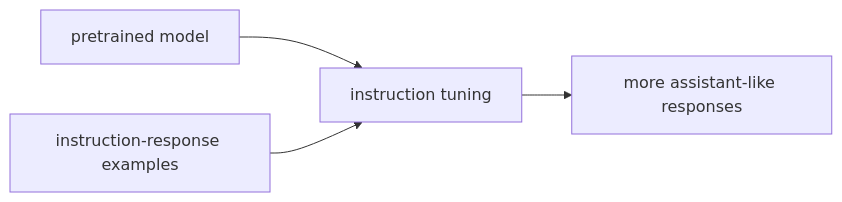
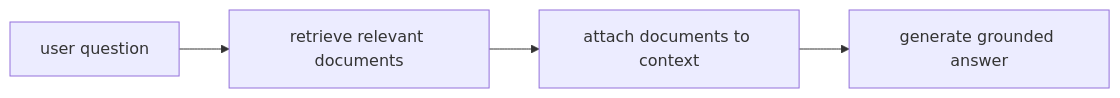
The diagram in docs/parts/part-05/chapter-10/section-01.md (devchan64/AiBook), drawn with Mermaid before and after one commit. The commit also changed other lines of this file and 47 other files, not shown here.

````diff
--- a/docs/parts/part-05/chapter-10/section-01.md
+++ b/docs/parts/part-05/chapter-10/section-01.md
@@ -119,11 +154,9 @@
 ```mermaid
 flowchart LR
-  A["pretrained model"]
-  B["instruction-response examples"]
-  C["instruction tuning"]
-  D["more assistant-like responses"]
+  A["user question"]
+  B["retrieve relevant documents"]
+  C["attach documents to context"]
+  D["generate grounded answer"]
 
-  A --> C
-  B --> C
-  C --> D
+  A --> B --> C --> D
 ```
````
